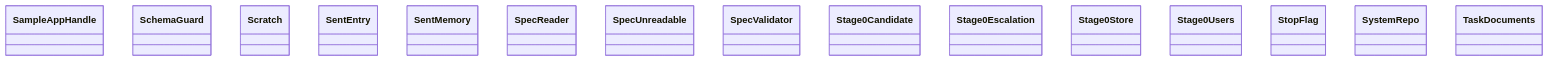
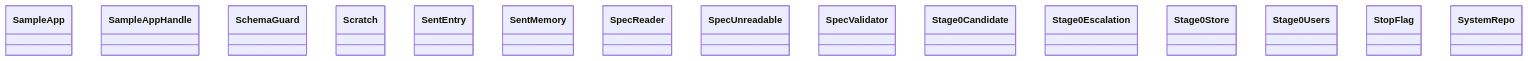
The diagram in docs/architecture/generated/classes-process-application-support-6.md (GonzaloZevallos/agentic-system), drawn with Mermaid before and after one commit. The commit also changed other lines of this file and 9 other files, not shown here.

Commit message:
Regenerate the architecture docs for CheckAbandoned and the abandoned keyword

````diff
--- a/docs/architecture/generated/classes-process-application-support-6.md
+++ b/docs/architecture/generated/classes-process-application-support-6.md
@@ -20,18 +20,18 @@
 ```mermaid
 classDiagram
+    class ports__SampleApp["SampleApp"]
     class ports__SampleAppHandle["SampleAppHandle"]
     class ports__SchemaGuard["SchemaGuard"]
     class ports__Scratch["Scratch"]
     class ports__SentEntry["SentEntry"]
     class ports__SentMemory["SentMemory"]
     class ports__SpecReader["SpecReader"]
     class ports__SpecUnreadable["SpecUnreadable"]
     class ports__SpecValidator["SpecValidator"]
     class ports__Stage0Candidate["Stage0Candidate"]
     class ports__Stage0Escalation["Stage0Escalation"]
     class ports__Stage0Store["Stage0Store"]
     class ports__Stage0Users["Stage0Users"]
     class ports__StopFlag["StopFlag"]
     class ports__SystemRepo["SystemRepo"]
-    class ports__TaskDocuments["TaskDocuments"]
 ```
````
